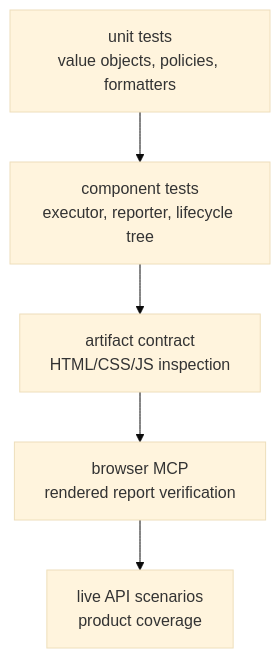
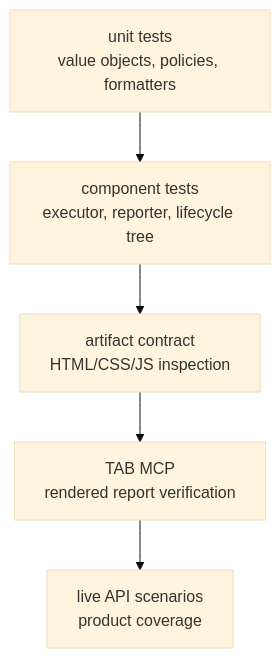
The eighth of 8 diagrams in docs/ATF_Architecture.md (crististefanita/CS1), drawn with Mermaid (base theme) before and after one commit. The commit also changed other lines of this file and 210 other files, not shown here.

````diff
--- a/docs/ATF_Architecture.md
+++ b/docs/ATF_Architecture.md
@@ -268,7 +303,7 @@
 ```mermaid
 flowchart TD
     Unit[unit tests\nvalue objects, policies, formatters] --> Component[component tests\nexecutor, reporter, lifecycle tree]
     Component --> Artifact[artifact contract\nHTML/CSS/JS inspection]
-    Artifact --> Browser[browser MCP\nrendered report verification]
+    Artifact --> Browser[TAB MCP\nrendered report verification]
     Browser --> Live[live API scenarios\nproduct coverage]
 ```
````
